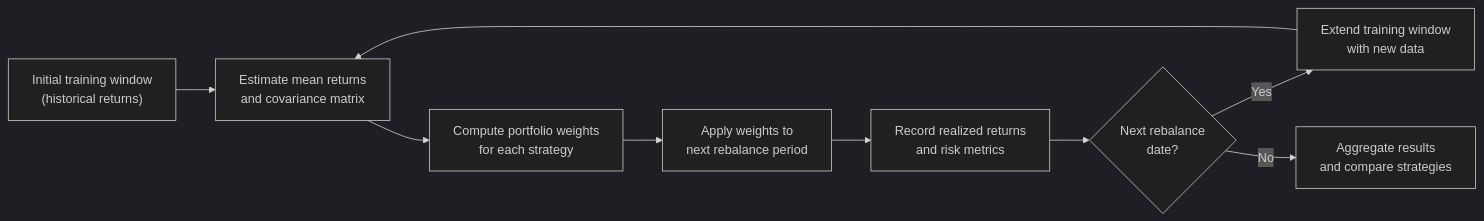
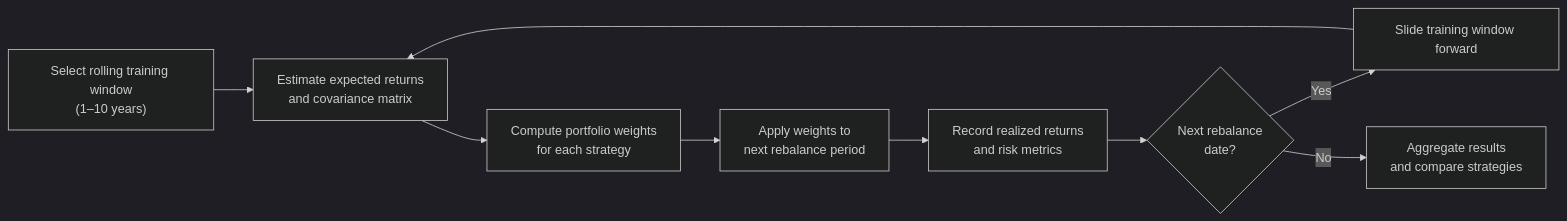
Before and after one commit to marieltv/portfolio_optimization: the first of 2 diagrams in README.md, drawn with Mermaid (dark theme). The commit also changed other lines of this file, not shown here.

````diff
--- a/README.md
+++ b/README.md
@@ -43,11 +51,11 @@
 ``` mermaid
 flowchart LR
-    A["Initial training window<br>(historical returns)"] --> B["Estimate mean returns<br>and covariance matrix"]
+    A["Select rolling training window<br>(1–10 years)"] --> B["Estimate expected returns<br>and covariance matrix"]
     B --> C["Compute portfolio weights<br>for each strategy"]
     C --> D["Apply weights to<br>next rebalance period"]
     D --> E["Record realized returns<br>and risk metrics"]
     E --> F{Next rebalance<br>date?}
-    F -->|Yes| G["Extend training window<br>with new data"]
+    F -->|Yes| G["Slide training window forward"]
     G --> B
     F -->|No| H["Aggregate results<br>and compare strategies"]
 ```
````
